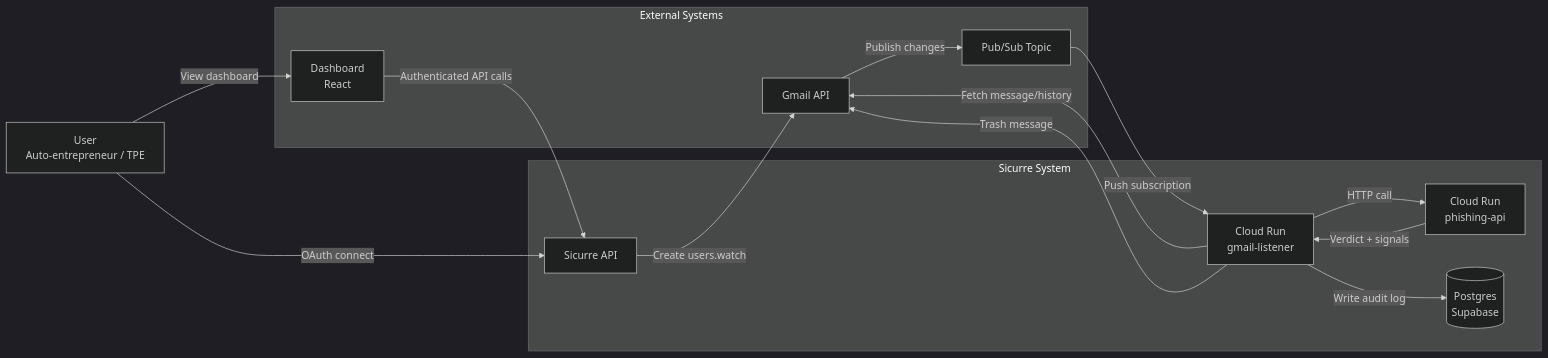
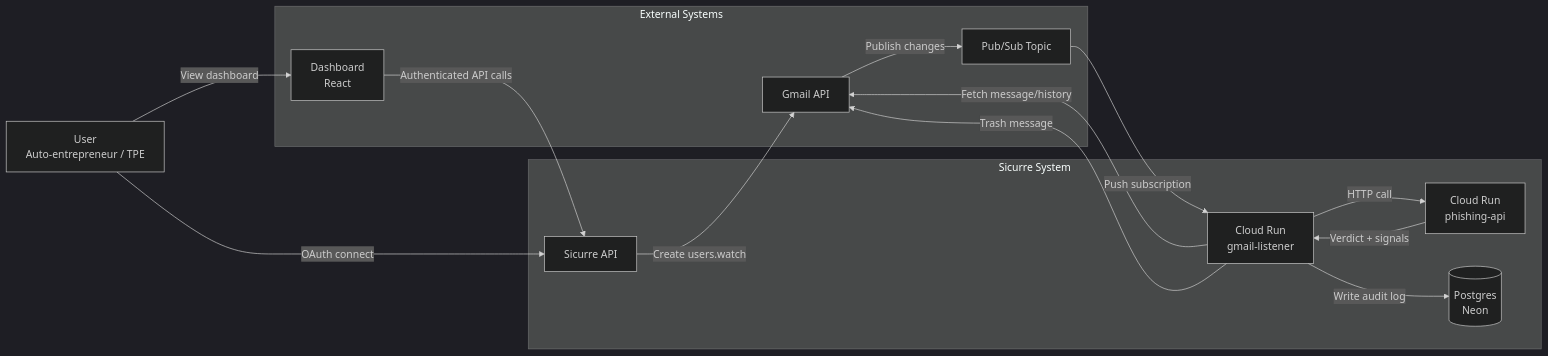
One commit to MichAdebayo/sicurre changed the diagram in docs/architecture/system-context.md. Above: the diagram before and after it, drawn with Mermaid (dark theme).

Commit message:
fix(docs): update database reference from Supabase to Neon

````diff
--- a/docs/architecture/system-context.md
+++ b/docs/architecture/system-context.md
@@ -3,31 +3,31 @@
 ```mermaid
 flowchart LR
   U[User<br/>Auto-entrepreneur / TPE]
 
   subgraph SIC[Sicurre System]
     API[Sicurre API]
     ING[Cloud Run<br/>gmail-listener]
     CLS[Cloud Run<br/>phishing-api]
-    DB[(Postgres<br/>Supabase)]
+    DB[(Postgres<br/>Neon)]
   end
 
   subgraph EXT[External Systems]
     GM[Gmail API]
     PS[Pub/Sub Topic]
     UI[Dashboard<br/>React]
   end
 
   U -->|OAuth connect| API
   U -->|View dashboard| UI
   UI -->|Authenticated API calls| API
 
   API -->|Create users.watch| GM
   GM -->|Publish changes| PS
   PS -->|Push subscription| ING
 
   ING -->|Fetch message/history| GM
   ING -->|HTTP call| CLS
   CLS -->|Verdict + signals| ING
   ING -->|Trash message| GM
   ING -->|Write audit log| DB
 ```
````
